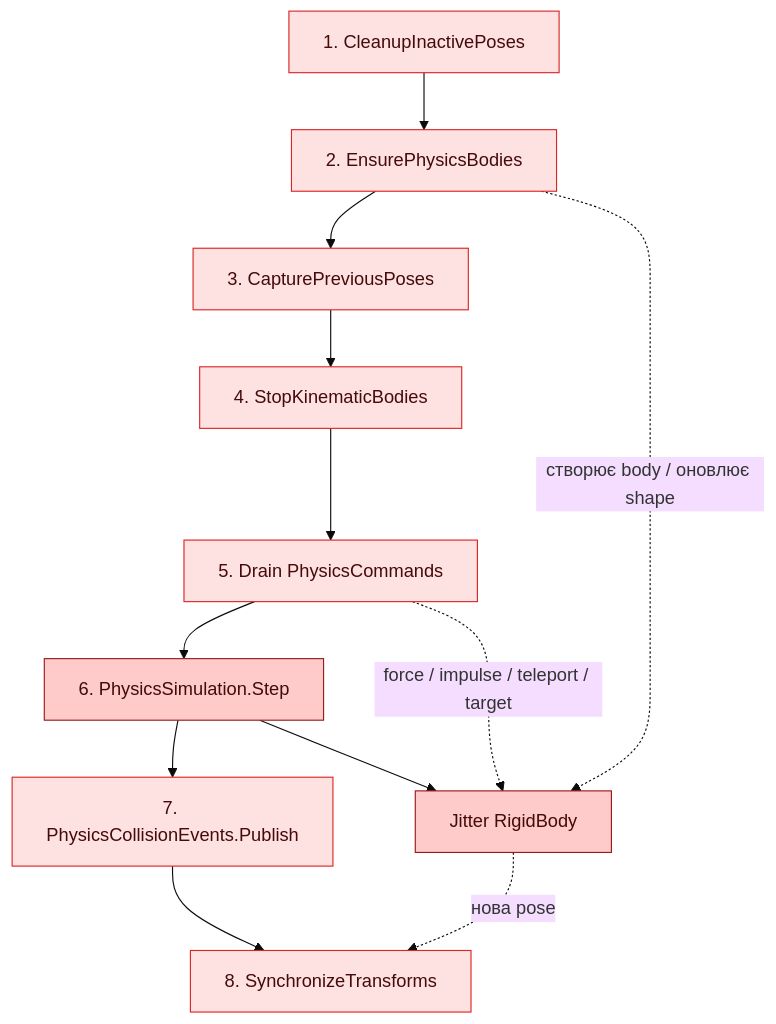
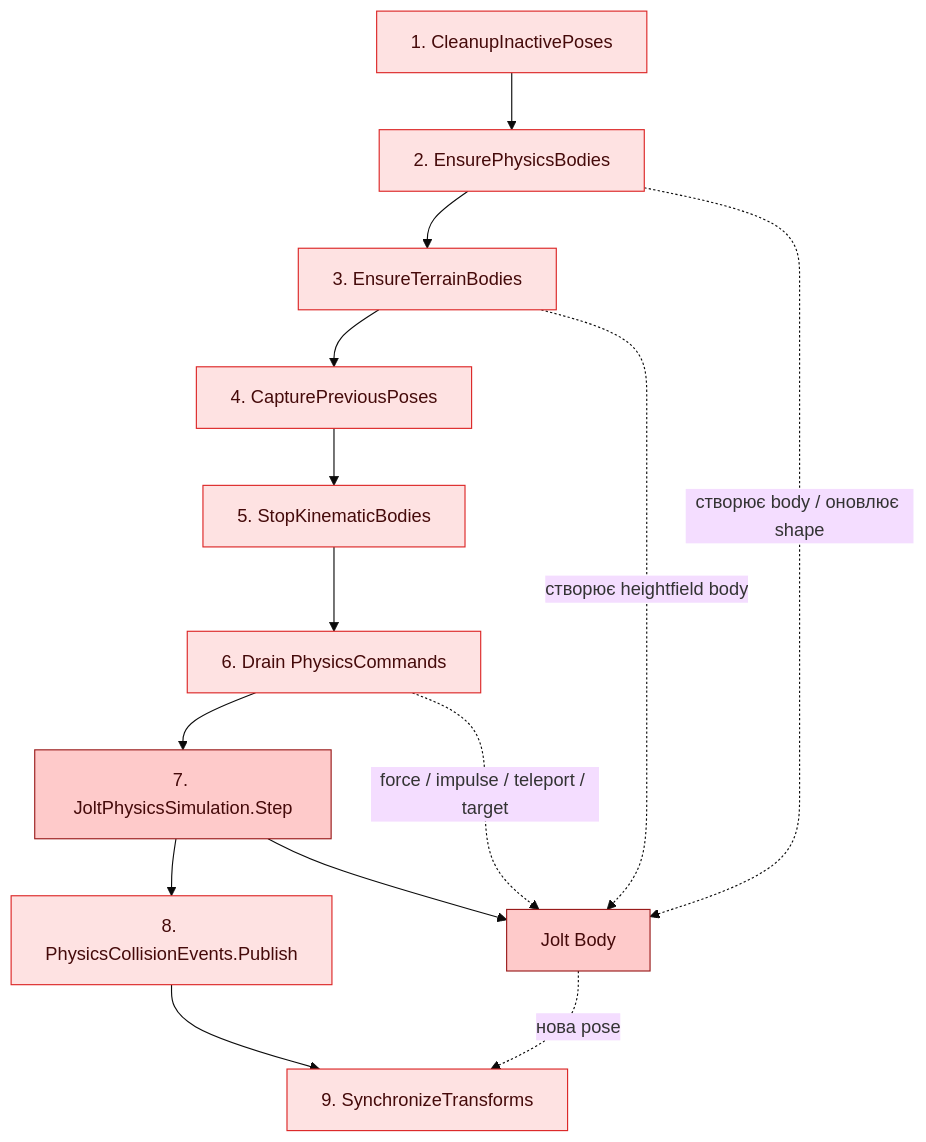
The second of 3 diagrams in docs/diagrams/05-physics-fixed-step.md (7wai7/MonoGame-project), drawn with Mermaid (base theme) before and after one commit. The commit also changed other lines of this file and 47 other files, not shown here.

Commit message:
feat(terrain): add streamed EXR terrain and Jolt heightfield physics - Added landscape based on EXR maps, chunks, and streaming rendering with LOD. - Replaced Jitter2 with Jolt; added heightfield colliders around the camera and moving bodies. - Added performance metrics and a physics smoke test.

```diff
--- a/docs/diagrams/05-physics-fixed-step.md
+++ b/docs/diagrams/05-physics-fixed-step.md
@@ -38,21 +38,23 @@
 ~~~mermaid
 flowchart TD
     A["1. CleanupInactivePoses"] --> B["2. EnsurePhysicsBodies"]
-    B --> C["3. CapturePreviousPoses"]
-    C --> D["4. StopKinematicBodies"]
-    D --> E["5. Drain PhysicsCommands"]
-    E --> F["6. PhysicsSimulation.Step"]
-    F --> G["7. PhysicsCollisionEvents.Publish"]
-    G --> H["8. SynchronizeTransforms"]
+    B --> Terrain["3. EnsureTerrainBodies"]
+    Terrain --> C["4. CapturePreviousPoses"]
+    C --> D["5. StopKinematicBodies"]
+    D --> E["6. Drain PhysicsCommands"]
+    E --> F["7. JoltPhysicsSimulation.Step"]
+    F --> G["8. PhysicsCollisionEvents.Publish"]
+    G --> H["9. SynchronizeTransforms"]
 
-    B -. "створює body / оновлює shape" .-> Native["Jitter RigidBody"]
+    B -. "створює body / оновлює shape" .-> Native["Jolt Body"]
+    Terrain -. "створює heightfield body" .-> Native
     E -. "force / impulse / teleport / target" .-> Native
     F --> Native
     Native -. "нова pose" .-> H
 
     classDef ecs fill:#fef3c7,stroke:#d97706,color:#451a03
     classDef physics fill:#fee2e2,stroke:#dc2626,color:#450a0a
     classDef native fill:#fecaca,stroke:#991b1b,color:#450a0a
-    class A,B,C,D,E,G,H physics
+    class A,B,Terrain,C,D,E,G,H physics
     class F,Native native
 ~~~
```
